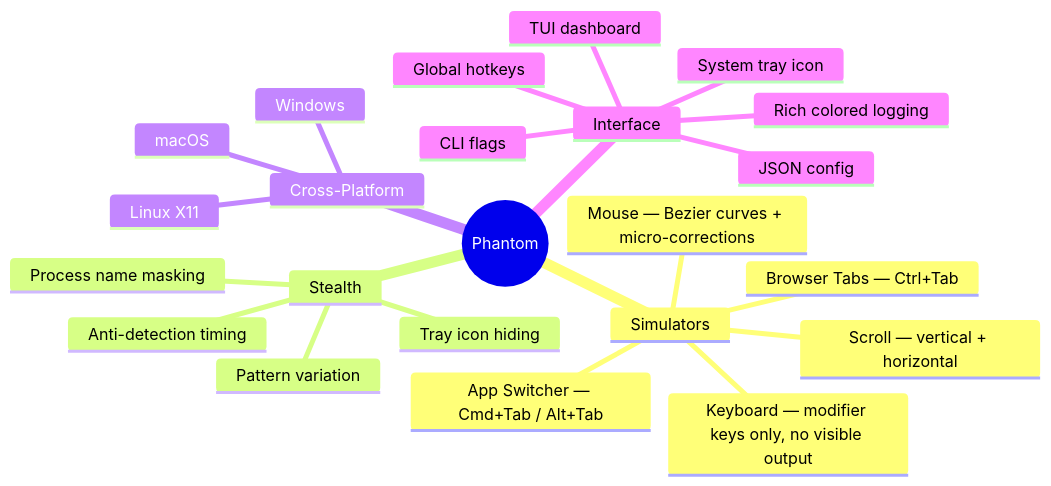
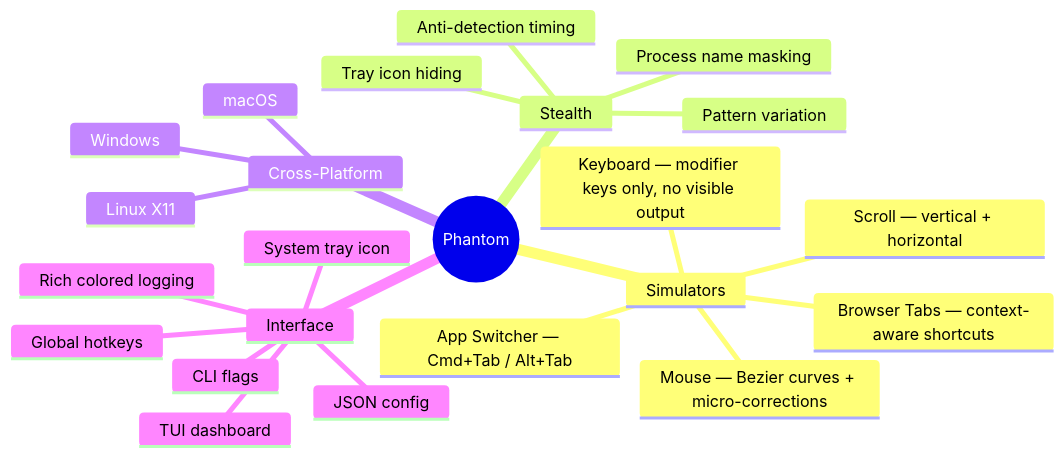
Before and after one commit to hammadxcm/go-phantom: the second of 7 diagrams in README.md, drawn with Mermaid. The commit also changed other lines of this file and 50 other files, not shown here.

````diff
--- a/README.md
+++ b/README.md
@@ -66,26 +66,26 @@
 ```mermaid
 mindmap
   root((Phantom))
     Simulators
       Mouse — Bezier curves + micro-corrections
       Keyboard — modifier keys only, no visible output
       Scroll — vertical + horizontal
       App Switcher — Cmd+Tab / Alt+Tab
-      Browser Tabs — Ctrl+Tab
+      Browser Tabs — context-aware shortcuts
     Stealth
       Process name masking
       Tray icon hiding
       Anti-detection timing
       Pattern variation
     Cross-Platform
       macOS
       Windows
       Linux X11
     Interface
       System tray icon
       TUI dashboard
       Rich colored logging
       Global hotkeys
       CLI flags
       JSON config
 ```
````
